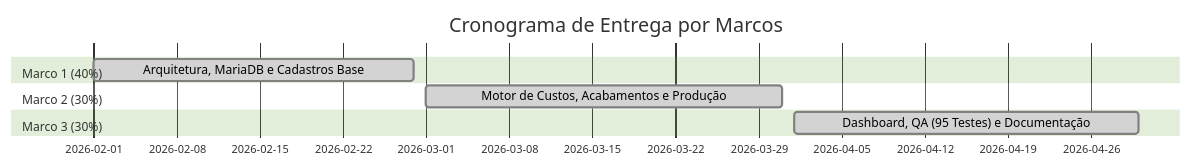
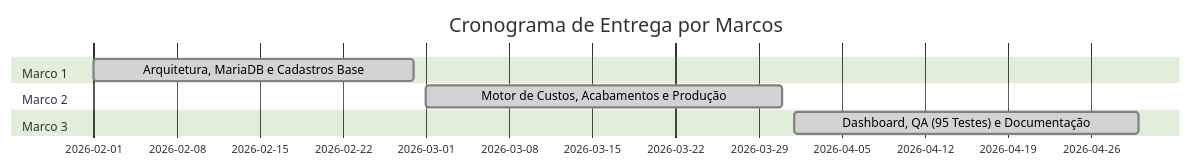
The diagram in docs/TAP/TAP.md (FelipeSilveiraP/TRABALHO_GRADUACAO_FATEC), drawn with Mermaid (forest theme) before and after one commit. The commit also changed other lines of this file and 8 other files, not shown here.

````diff
--- a/docs/TAP/TAP.md
+++ b/docs/TAP/TAP.md
@@ -150,11 +152,11 @@
 ```mermaid
 gantt
     title Cronograma de Entrega por Marcos
     dateFormat  YYYY-MM-DD
-    section Marco 1 (40%)
+    section Marco 1
     Arquitetura, MariaDB e Cadastros Base :done, m1, 2026-02-01, 2026-02-28
-    section Marco 2 (30%)
+    section Marco 2
     Motor de Custos, Acabamentos e Produção :done, m2, 2026-03-01, 2026-03-31
-    section Marco 3 (30%)
+    section Marco 3
     Dashboard, QA (95 Testes) e Documentação :done, m3, 2026-04-01, 2026-04-30
 ```
````
